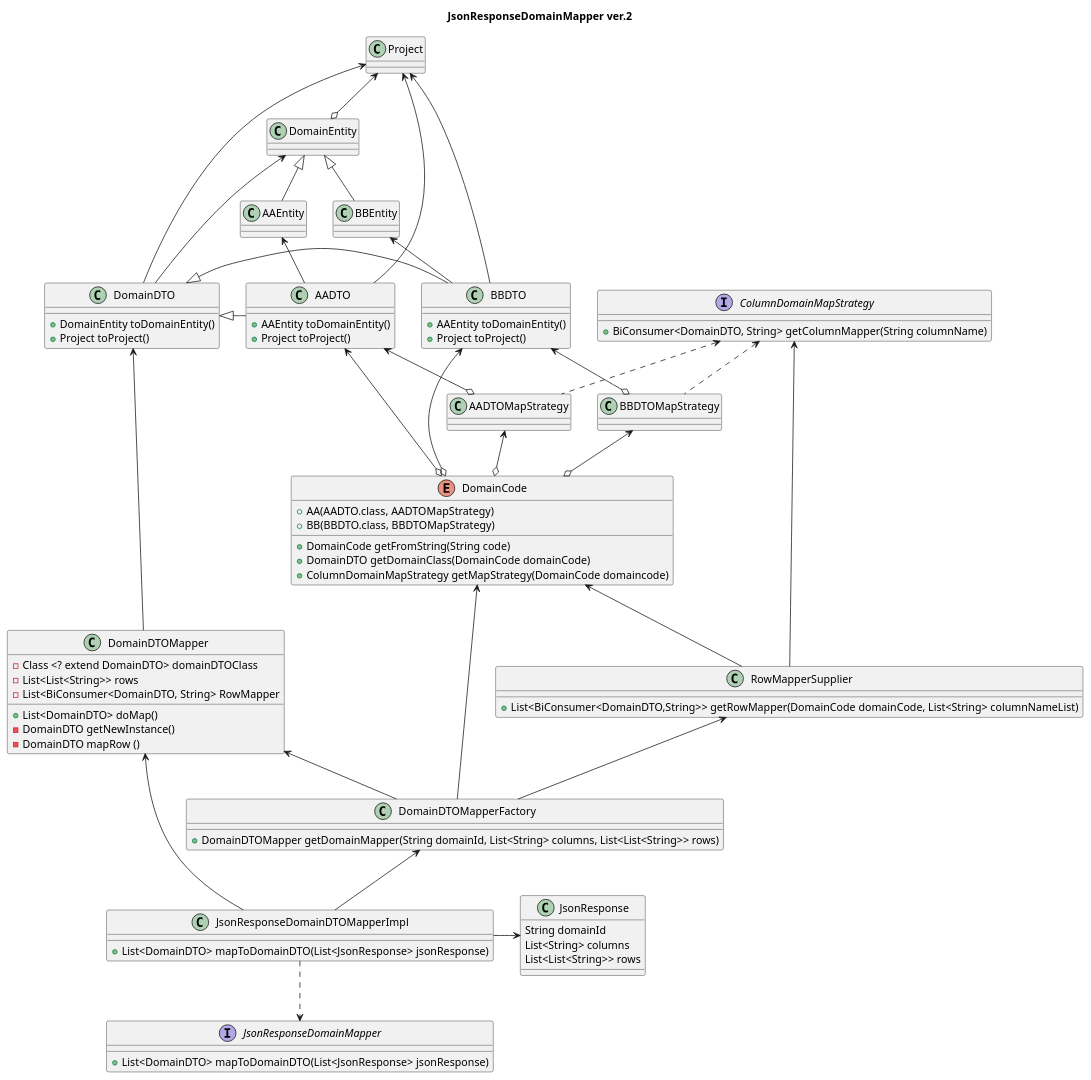
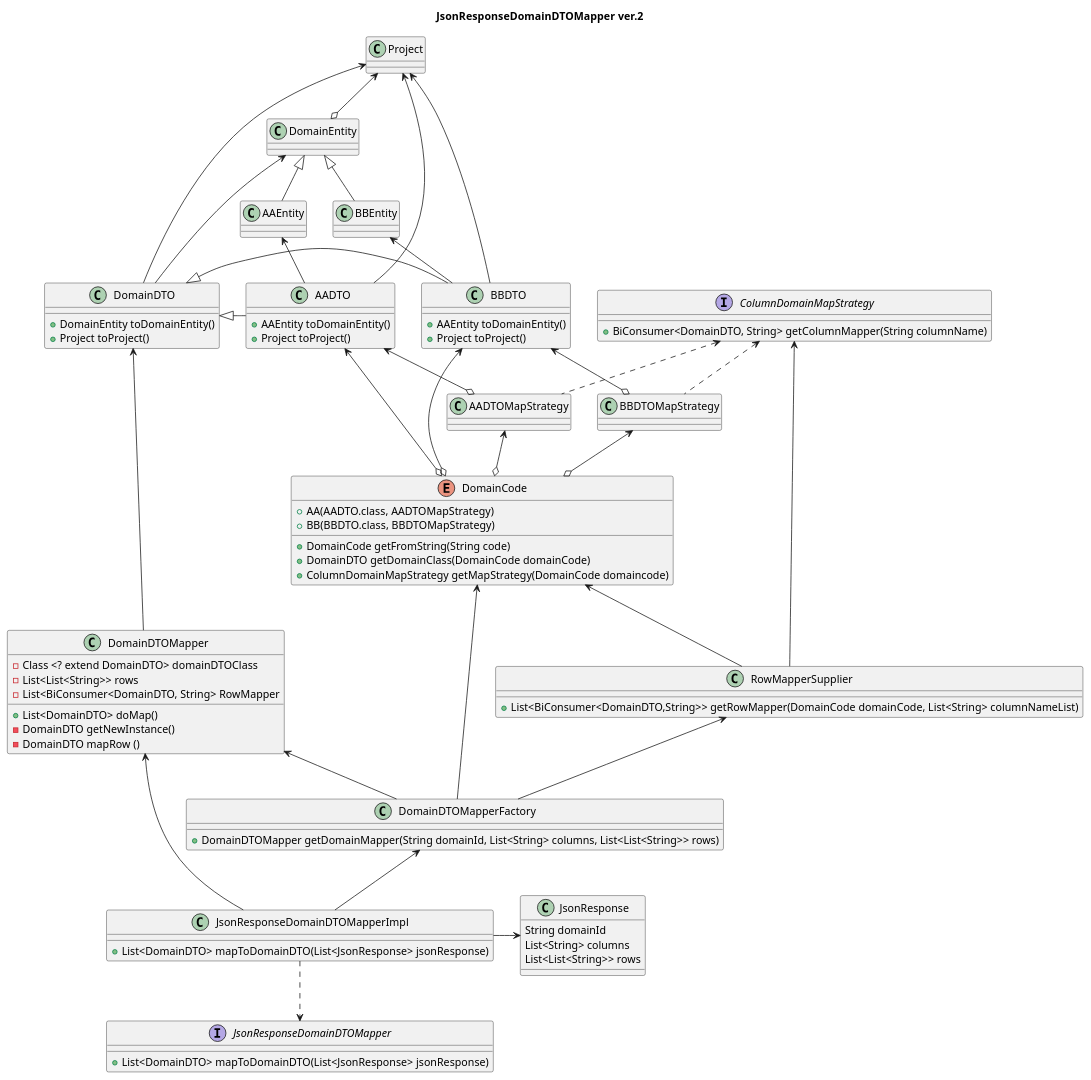
One commit to MASKUN2/maskun2.github.io changed the diagram in puml/Column-oriented JSON to POJO ver2.puml. Above: the diagram before and after it, drawn with PlantUML. The commit also changed 3 other files, not shown here.

```diff
--- a/puml/Column-oriented JSON to POJO ver2.puml
+++ b/puml/Column-oriented JSON to POJO ver2.puml
@@ -1,123 +1,123 @@
 @startuml
 'https://plantuml.com/class-diagram
-title: JsonResponseDomainMapper ver.2
+title: JsonResponseDomainDTOMapper ver.2
 
 DomainEntity <|-- AAEntity
 DomainEntity <|-- BBEntity
 DomainDTO <|- AADTO
 DomainDTO <|- BBDTO
 DomainDTO <-- DomainDTOMapper
 DomainDTOMapper <-- DomainDTOMapperFactory
 DomainCode <-- RowMapperSupplier
 
 AADTOMapStrategy <--o DomainCode
 BBDTOMapStrategy <--o DomainCode
 AADTO <-o DomainCode
 BBDTO <-o DomainCode
 AADTO <--o AADTOMapStrategy
 BBDTO <--o BBDTOMapStrategy
 
 
 AAEntity <-- AADTO
 
 BBEntity <-- BBDTO
 
 Project <-- AADTO
 Project <-- BBDTO
 Project <-- DomainDTO
 DomainEntity <-- DomainDTO
 
 Project <--o DomainEntity
 
 
 
 
-JsonResponseDomainMapper <.u. JsonResponseDomainDTOMapperImpl
+JsonResponseDomainDTOMapper <.u. JsonResponseDomainDTOMapperImpl
 JsonResponse <-l- JsonResponseDomainDTOMapperImpl
 
 DomainDTOMapperFactory <-- JsonResponseDomainDTOMapperImpl
 DomainDTOMapper <-- JsonResponseDomainDTOMapperImpl
 ColumnDomainMapStrategy <.. AADTOMapStrategy
 ColumnDomainMapStrategy <.. BBDTOMapStrategy
 DomainCode <-- DomainDTOMapperFactory
 RowMapperSupplier <-- DomainDTOMapperFactory
 
 ColumnDomainMapStrategy <-- RowMapperSupplier
 
 class JsonResponse{
 {field} String domainId
 {field} List<String> columns
 {field} List<List<String>> rows
 }
 
-interface JsonResponseDomainMapper{
+interface JsonResponseDomainDTOMapper{
 + List<DomainDTO> mapToDomainDTO(List<JsonResponse> jsonResponse)
 }
 
 interface ColumnDomainMapStrategy{
 + BiConsumer<DomainDTO, String> getColumnMapper(String columnName)
 }
 
 
 class RowMapperSupplier{
 + List<BiConsumer<DomainDTO,String>> getRowMapper(DomainCode domainCode, List<String> columnNameList)
 }
 
 
 class JsonResponseDomainDTOMapperImpl{
 + List<DomainDTO> mapToDomainDTO(List<JsonResponse> jsonResponse)
 }
 
 class DomainDTOMapperFactory {
 + DomainDTOMapper getDomainMapper(String domainId, List<String> columns, List<List<String>> rows)
 }
 
 class DomainDTOMapper {
 - Class <? extend DomainDTO> domainDTOClass
 - List<List<String>> rows
 - List<BiConsumer<DomainDTO, String> RowMapper
 + List<DomainDTO> doMap()
 - DomainDTO getNewInstance()
 - DomainDTO mapRow ()
 }
 
 class AADTOMapStrategy {
 }
 class BBDTOMapStrategy {
 }
 
 
 
 class Project{
 }
 
 class DomainDTO{
 + DomainEntity toDomainEntity()
 + Project toProject()
 }
 
 class AADTO {
 + AAEntity toDomainEntity()
 + Project toProject()
 }
 
 class BBDTO {
 + AAEntity toDomainEntity()
 + Project toProject()
 }
 
 class AAEntity {
 }
 
 class BBEntity {
 }
 
 enum DomainCode {
 +{field}AA(AADTO.class, AADTOMapStrategy)
 +{field}BB(BBDTO.class, BBDTOMapStrategy)
 + DomainCode getFromString(String code)
 + DomainDTO getDomainClass(DomainCode domainCode)
 + ColumnDomainMapStrategy getMapStrategy(DomainCode domaincode)
 }
 
 @enduml
```
